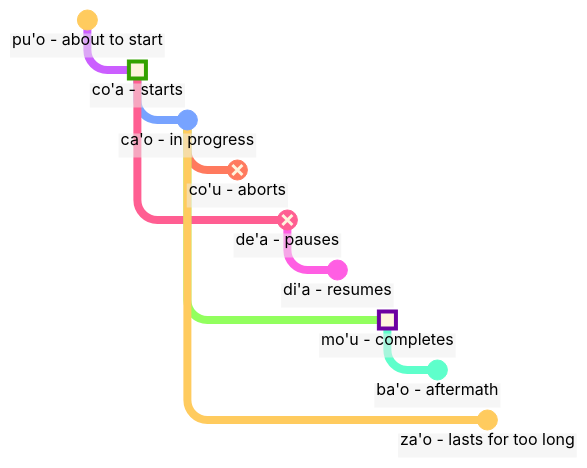
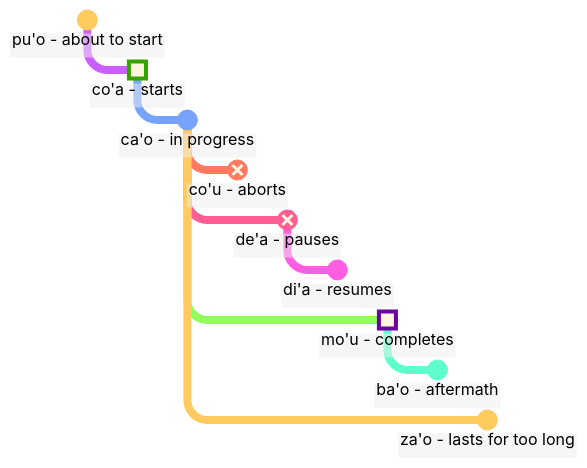
The fourth of 4 diagrams in data/pages/books/learn-lojban.md (La-Lojban/lojban.pw), drawn with Mermaid before and after one commit.

Commit message:
fix: 🐛 improve ll content diagram

````diff
--- a/data/pages/books/learn-lojban.md
+++ b/data/pages/books/learn-lojban.md
@@ -7358,64 +7358,57 @@
 ```mermaid
 %%{
     init: { 
         'logLevel': 'debug',
         'theme': 'base',
         'themeVariables': {
                 'commitLabelColor': '#000',
                 'commitLabelBackground': '#eee',
                 'commitLabelFontSize': '16px',
                 'tagLabelFontSize': '14px'
         },
         'htmlLabels': true,
         'gitGraph': {
             'showCommitLabel':true,
             'mainBranchName': 'event',
             'rotateCommitLabel': false,
             'showBranches': false
         }
     }
 }%%
 
 gitGraph
-    %% checkout event
-    %% branch "start early"
-    %% checkout "start early"
-    %% commit id: "xa'o"
-
     checkout event
     commit id: "pu'o - about to start"
 
     checkout event
     branch start
     commit id: "co'a - starts" type:HIGHLIGHT
 
     checkout start
     branch progress
     commit id: "ca'o - in progress"
 
     checkout progress
     branch stop
     commit id: "co'u - aborts" type: REVERSE
 
-    checkout start
+    checkout progress
     branch "pause"
     commit id: "de'a - pauses" type: REVERSE
 
     checkout "pause"
     branch resume
     commit id: "di'a - resumes"
 
-    %% checkout "start early"
-    %% merge start
     checkout progress
     branch completion
     commit id: "mo'u - completes" type: HIGHLIGHT
 
     checkout completion
     branch aftermath
     commit id: "ba'o - aftermath"
 
     checkout progress
     branch overdue
     commit id: "za'o - lasts for too long"
 ```
````
